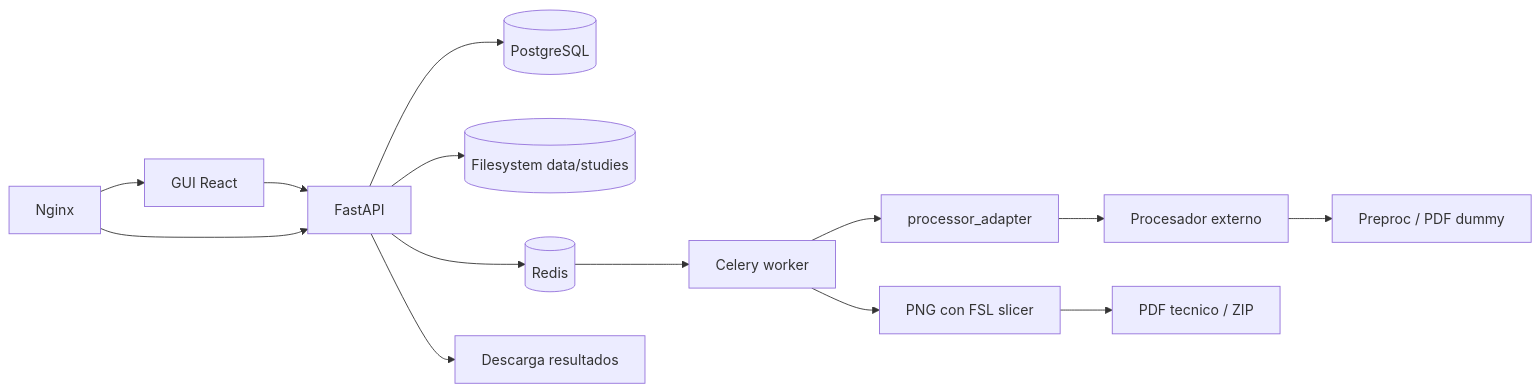
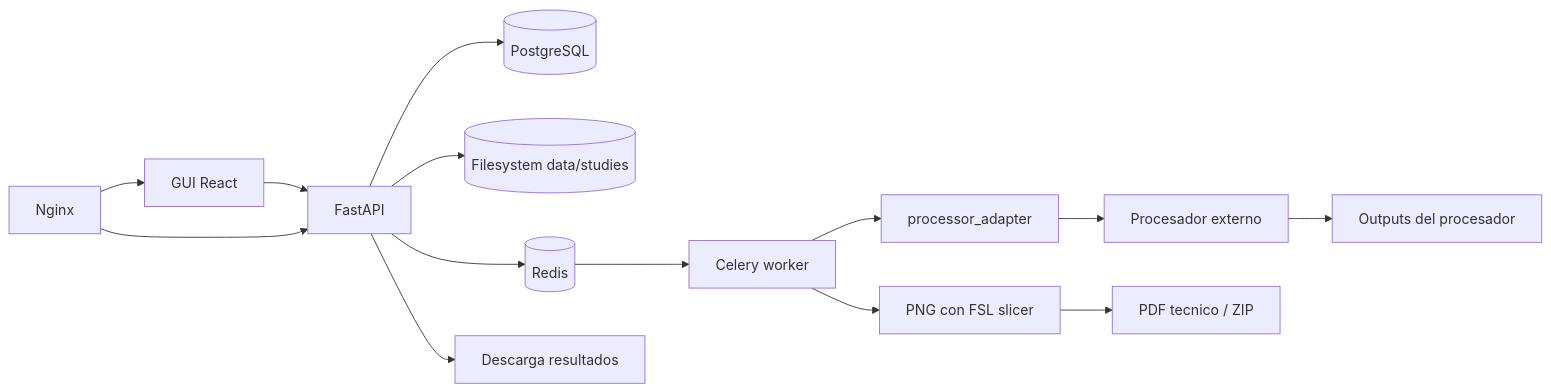
The diagram in README.md (suhartx/neuroimagen-server-biocruces), drawn with Mermaid before and after one commit. The commit also changed other lines of this file and 2 other files, not shown here.

````diff
--- a/README.md
+++ b/README.md
@@ -9,16 +11,16 @@
 ```mermaid
 flowchart LR
   GUI[GUI React] --> API[FastAPI]
   API --> DB[(PostgreSQL)]
   API --> FS[(Filesystem data/studies)]
   API --> Redis[(Redis)]
   Redis --> Worker[Celery worker]
   Worker --> Adapter[processor_adapter]
   Adapter --> CLI[Procesador externo]
-  CLI --> Outputs[Preproc / PDF dummy]
+  CLI --> Outputs[Outputs del procesador]
   Worker --> Render[PNG con FSL slicer]
   Render --> Artifacts[PDF tecnico / ZIP]
   API --> Download[Descarga resultados]
   Proxy[Nginx] --> GUI
   Proxy --> API
 ```
````
